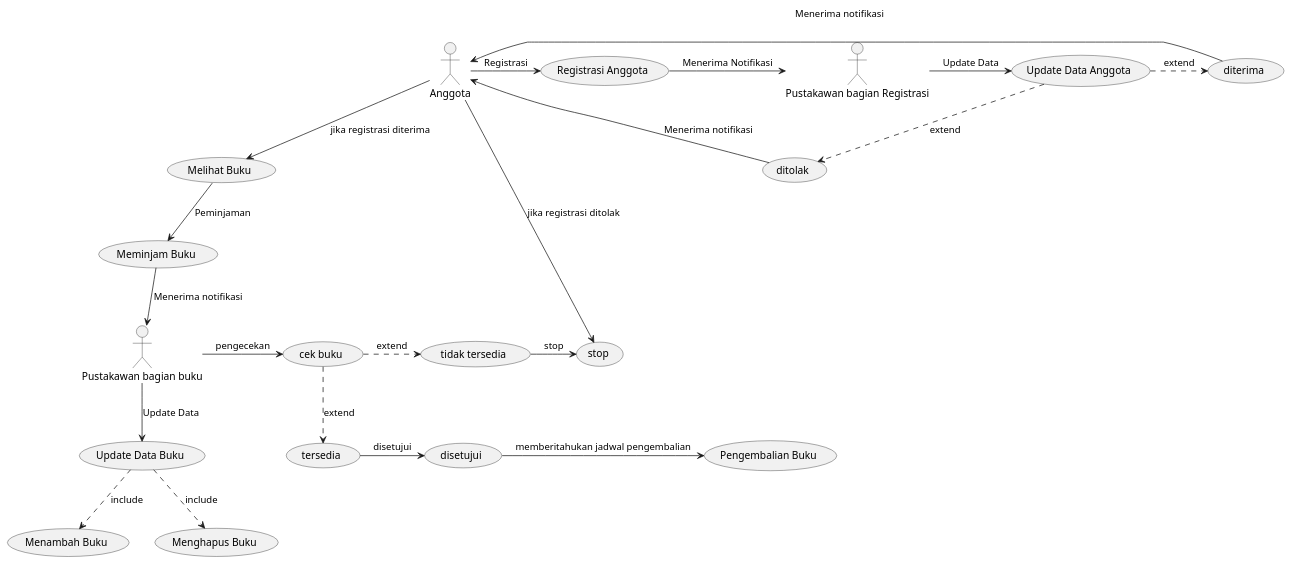
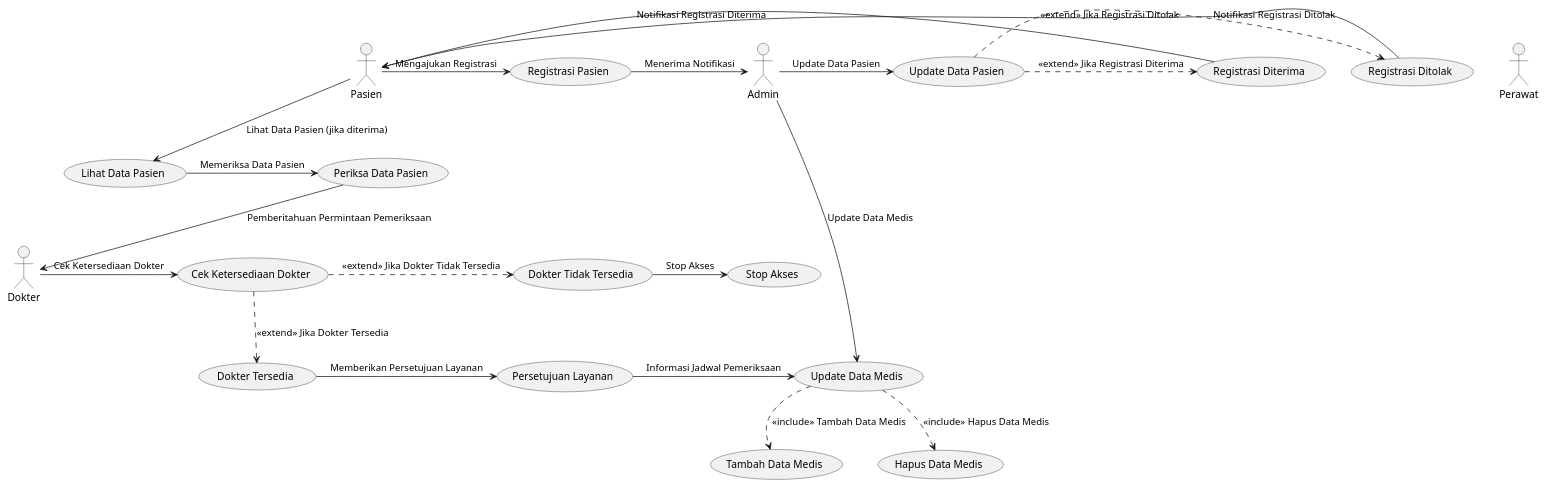
The diagram in uts/Dokumen/usecase.puml (virgatoingz/Design_Algo), drawn with PlantUML before and after one commit. The commit also changed 222 other files, not shown here.

```diff
--- a/uts/Dokumen/usecase.puml
+++ b/uts/Dokumen/usecase.puml
@@ -1,56 +1,50 @@
 @startuml usecase
 
-actor "Anggota" as A
-actor "Pustakawan bagian Registrasi" as P
-actor "Pustakawan bagian buku" as P2
+actor "Pasien" as P
+actor "Admin" as A
+actor "Dokter" as D
+actor "Perawat" as N
 
+usecase "Registrasi Pasien" as UC1
+usecase "Update Data Pasien" as UC2
+usecase "Registrasi Ditolak" as UC3
+usecase "Registrasi Diterima" as UC4
+usecase "Update Data Medis" as UC5
+usecase "Tambah Data Medis" as UC6
+usecase "Hapus Data Medis" as UC7
+usecase "Lihat Data Pasien" as UC8
+usecase "Periksa Data Pasien" as UC9
+usecase "Stop Akses" as UC11
+usecase "Cek Ketersediaan Dokter" as UC12
+usecase "Dokter Tersedia" as UC13
+usecase "Dokter Tidak Tersedia" as UC14
+usecase "Persetujuan Layanan" as UC15
 
-usecase "Registrasi Anggota" as UC1
-usecase "Update Data Anggota" as UC2
-usecase "ditolak" as UC3
-usecase "diterima" as UC4
-usecase "Update Data Buku" as UC5
-usecase "Menambah Buku" as UC6
-usecase "Menghapus Buku" as UC7
-usecase "Pengembalian Buku" as UC8
-usecase "Meminjam Buku" as UC9
-usecase "Melihat Buku" as UC10
-usecase "stop" as UC11
-usecase "cek buku" as UC12
-usecase "tersedia" as UC13
-usecase "tidak tersedia" as UC14
-usecase "disetujui" as UC15
+' Alur registrasi pasien
+P -> UC1 : Mengajukan Registrasi
+UC1 -> A : Menerima Notifikasi
+A -> UC2 : Update Data Pasien
+UC2 .> UC3 : <<extend>> Jika Registrasi Ditolak
+UC2 .> UC4 : <<extend>> Jika Registrasi Diterima
+UC3 -> P : Notifikasi Registrasi Ditolak
+UC4 -> P : Notifikasi Registrasi Diterima
 
-A -> UC1 : Registrasi
-UC1 -> P : Menerima Notifikasi
-P -> UC2 : Update Data
-UC2 .> UC3 : extend
-UC2 .> UC4 : extend
-UC3 --> A : Menerima notifikasi
-UC4 -> A : Menerima notifikasi
-A --> UC11 : jika registrasi ditolak
-A --> UC10 : jika registrasi diterima
-UC10 --> UC9 : Peminjaman
-UC9 --> P2 : Menerima notifikasi
+' Alur melihat data pasien
+P --> UC8 : Lihat Data Pasien (jika diterima)
+UC8 -> UC9 : Memeriksa Data Pasien
 
-P2 -> UC12 : pengecekan
-UC12 .> UC14 : extend
-UC14 -> UC11 : stop
-UC12 ..> UC13 : extend
-UC13 -> UC15 : disetujui
-UC15 -> UC8 : memberitahukan jadwal pengembalian
+' Periksa ketersediaan dokter dan layanan
+UC9 --> D : Pemberitahuan Permintaan Pemeriksaan
+D -> UC12 : Cek Ketersediaan Dokter
+UC12 .> UC14 : <<extend>> Jika Dokter Tidak Tersedia
+UC14 -> UC11 : Stop Akses
+UC12 ..> UC13 : <<extend>> Jika Dokter Tersedia
+UC13 -> UC15 : Memberikan Persetujuan Layanan
+UC15 -> UC5 : Informasi Jadwal Pemeriksaan
 
-P2 --> UC5 : Update Data
-UC5 ..> UC6 : include
-UC5 ..> UC7 : include
-
-
-
-
-
-
-
-
-
+' Alur pengelolaan data medis oleh admin dan dokter
+A -> UC5 : Update Data Medis
+UC5 ..> UC6 : <<include>> Tambah Data Medis
+UC5 ..> UC7 : <<include>> Hapus Data Medis
 
 @enduml
```
